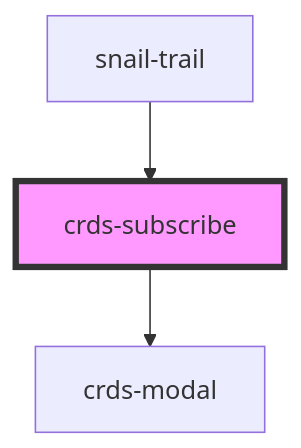
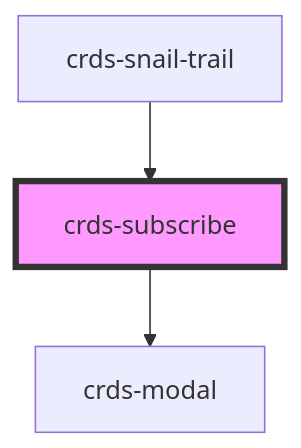
One commit to dholloran-ample/visual-regression-testing-IP changed the diagram in src/components/crds-subscribe/readme.md. Above: the diagram before and after it, drawn with Mermaid. The commit also changed other lines of this file and 8 other files, not shown here.

Commit message:
Prepend "crds-" to snail-trail and snail-trail-link

````diff
--- a/src/components/crds-subscribe/readme.md
+++ b/src/components/crds-subscribe/readme.md
@@ -27,6 +27,6 @@
 ```mermaid
 graph TD;
   crds-subscribe --> crds-modal
-  snail-trail --> crds-subscribe
+  crds-snail-trail --> crds-subscribe
   style crds-subscribe fill:#f9f,stroke:#333,stroke-width:4px
 ```
````
